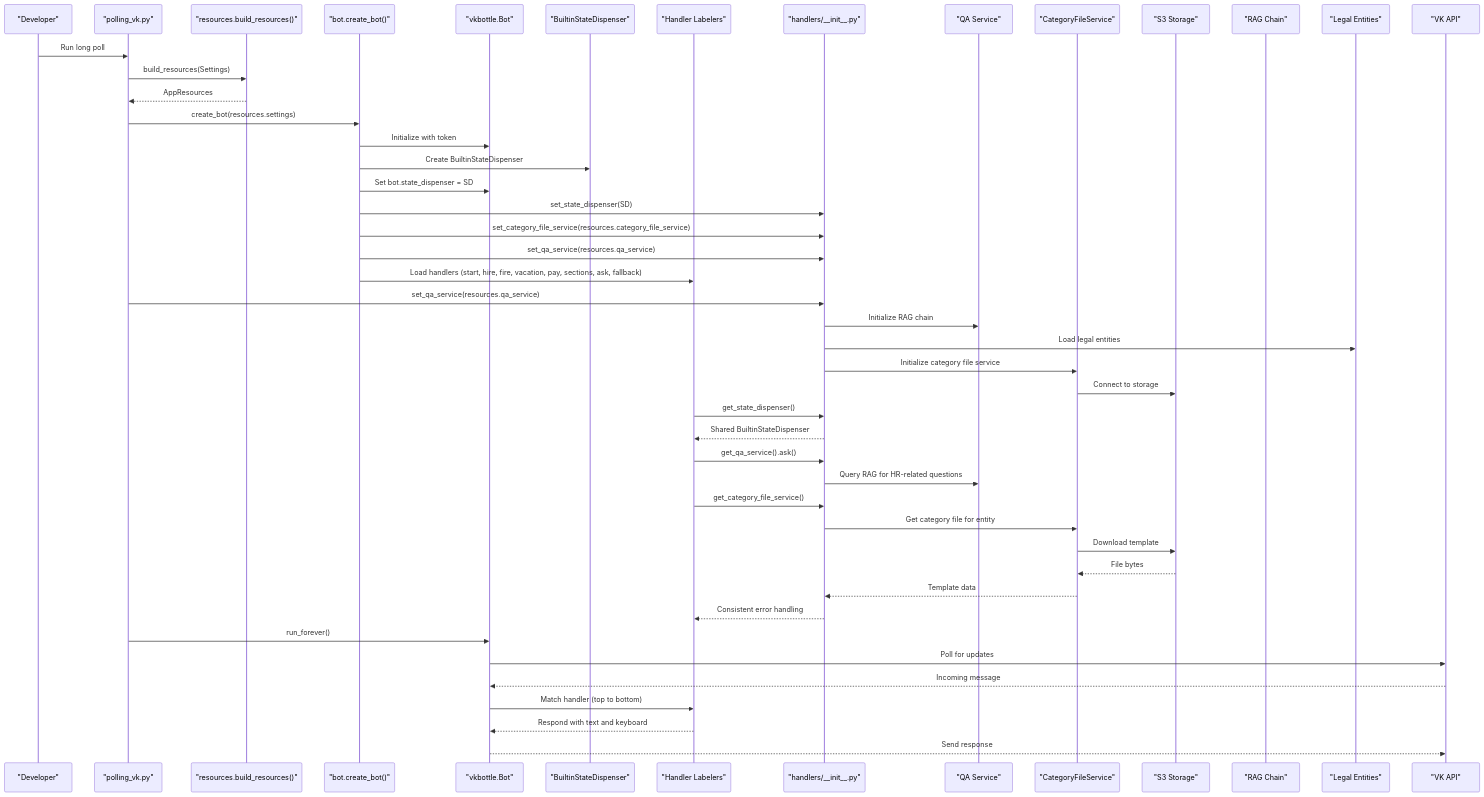
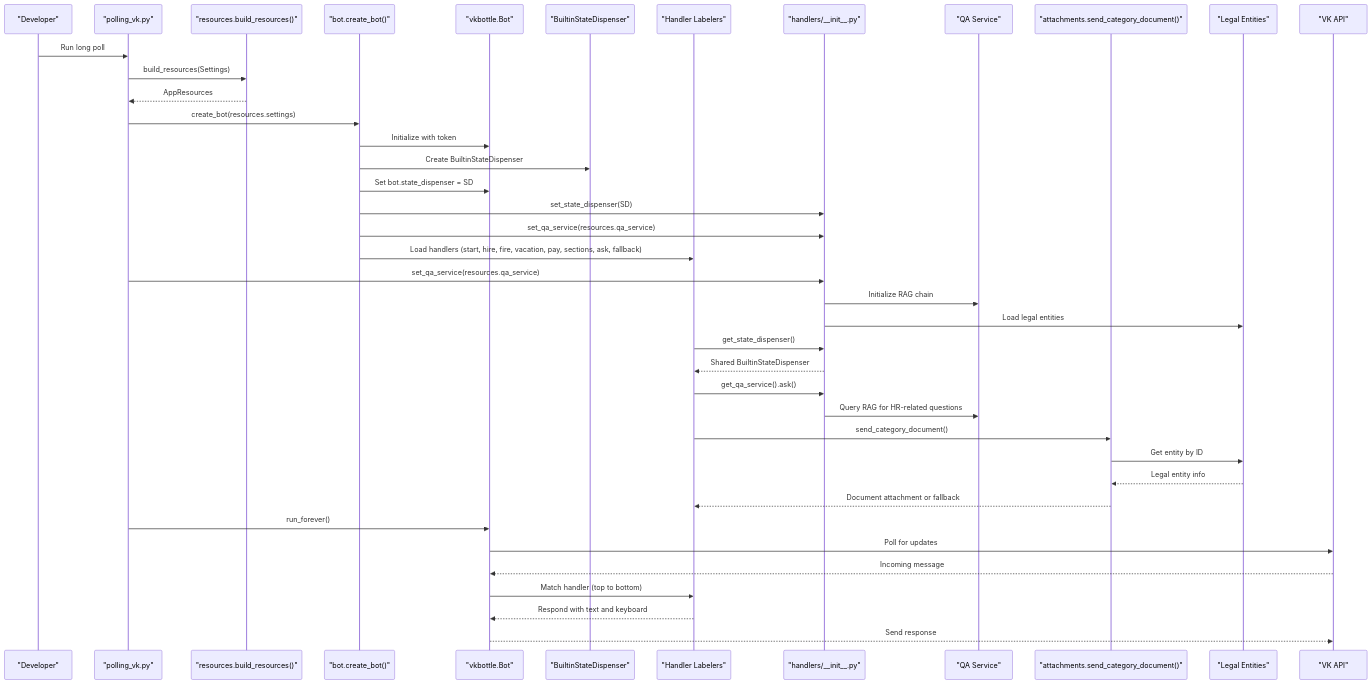
Before and after one commit to ognelis/cafetera_hr_bot: the second of 20 diagrams in .qoder/repowiki/en/content/VK Integration/VK Integration.md, drawn with Mermaid. The commit also changed other lines of this file and 14 other files, not shown here.

````diff
--- a/.qoder/repowiki/en/content/VK Integration/VK Integration.md
+++ b/.qoder/repowiki/en/content/VK Integration/VK Integration.md
@@ -262,49 +239,42 @@
 ```mermaid
 sequenceDiagram
 participant Dev as "Developer"
 participant Script as "polling_vk.py"
 participant Resources as "resources.build_resources()"
 participant Factory as "bot.create_bot()"
 participant Bot as "vkbottle.Bot"
 participant SD as "BuiltinStateDispenser"
 participant Labelers as "Handler Labelers"
 participant Utils as "handlers/__init__.py"
 participant QA as "QA Service"
-participant CFService as "CategoryFileService"
-participant S3 as "S3 Storage"
-participant RAG as "RAG Chain"
+participant Attachments as "attachments.send_category_document()"
 participant Entities as "Legal Entities"
 participant VK as "VK API"
 Dev->>Script : Run long poll
 Script->>Resources : build_resources(Settings)
 Resources-->>Script : AppResources
 Script->>Factory : create_bot(resources.settings)
 Factory->>Bot : Initialize with token
 Factory->>SD : Create BuiltinStateDispenser
 Factory->>Bot : Set bot.state_dispenser = SD
 Factory->>Utils : set_state_dispenser(SD)
-Factory->>Utils : set_category_file_service(resources.category_file_service)
 Factory->>Utils : set_qa_service(resources.qa_service)
 Factory->>Labelers : Load handlers (start, hire, fire, vacation, pay, sections, ask, fallback)
 Script->>Utils : set_qa_service(resources.qa_service)
 Utils->>QA : Initialize RAG chain
 Utils->>Entities : Load legal entities
-Utils->>CFService : Initialize category file service
-CFService->>S3 : Connect to storage
 Labelers->>Utils : get_state_dispenser()
 Utils-->>Labelers : Shared BuiltinStateDispenser
 Labelers->>Utils : get_qa_service().ask()
 Utils->>QA : Query RAG for HR-related questions
-Labelers->>Utils : get_category_file_service()
-Utils->>CFService : Get category file for entity
-CFService->>S3 : Download template
-S3-->>CFService : File bytes
-CFService-->>Utils : Template data
-Utils-->>Labelers : Consistent error handling
+Labelers->>Attachments : send_category_document()
+Attachments->>Entities : Get entity by ID
+Entities-->>Attachments : Legal entity info
+Attachments-->>Labelers : Document attachment or fallback
 Script->>Bot : run_forever()
 Bot->>VK : Poll for updates
 VK-->>Bot : Incoming message
 Bot->>Labelers : Match handler (top to bottom)
 Labelers-->>Bot : Respond with text and keyboard
 Bot-->>VK : Send response
 ```
````
